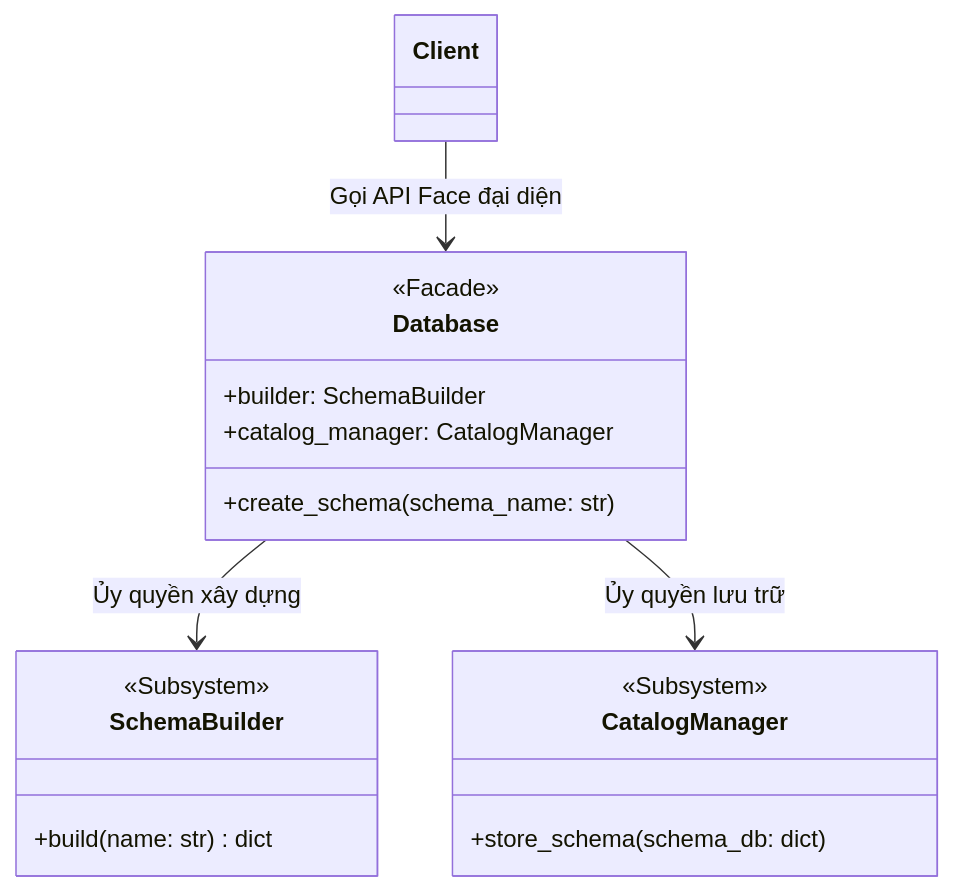
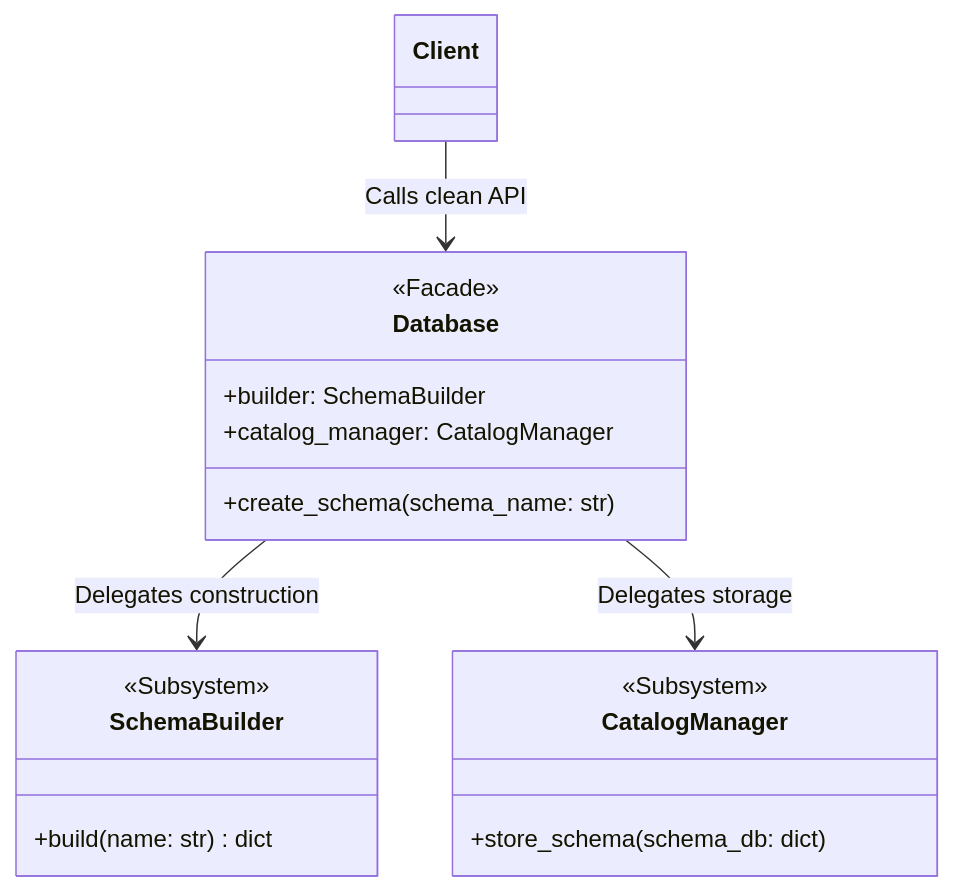
Before and after one commit to Ricky13170/bbv_DBMS: the sixth of 22 diagrams in docs/readme.md, drawn with Mermaid. The commit also changed other lines of this file, not shown here.

````diff
--- a/docs/readme.md
+++ b/docs/readme.md
@@ -203,33 +203,33 @@
 ```mermaid
 classDiagram
     %% ----------------------------------------------------
-    %% FACADE PATTERN (Áp dụng cho Database)
+    %% FACADE PATTERN (Applied to Database)
     %% ----------------------------------------------------
 
     class Client {
     }
 
     class Database {
         <<Facade>>
         +builder: SchemaBuilder
         +catalog_manager: CatalogManager
         +create_schema(schema_name: str)
     }
 
     class SchemaBuilder {
         <<Subsystem>>
         +build(name: str) dict
     }
 
     class CatalogManager {
         <<Subsystem>>
         +store_schema(schema_db: dict)
     }
 
-    %% Client chỉ giao tiếp với Facade
-    Client --> Database : Gọi API Face đại diện
+    %% Client only interacts with the Facade
+    Client --> Database : Calls clean API
 
-    %% Facade điều phối các Subsystem phức tạp bên dưới
-    Database --> SchemaBuilder : Ủy quyền xây dựng
-    Database --> CatalogManager : Ủy quyền lưu trữ
+    %% Facade orchestrates complex Subsystems below
+    Database --> SchemaBuilder : Delegates construction
+    Database --> CatalogManager : Delegates storage
 ```
````
